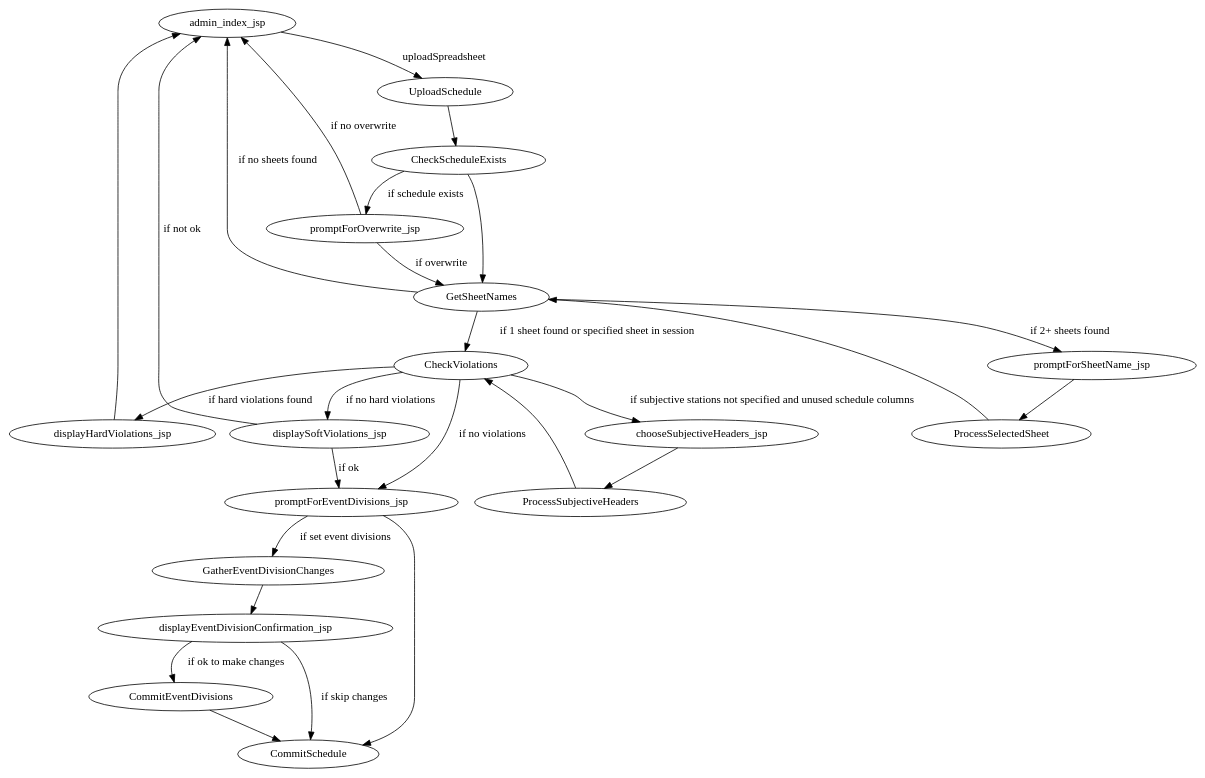
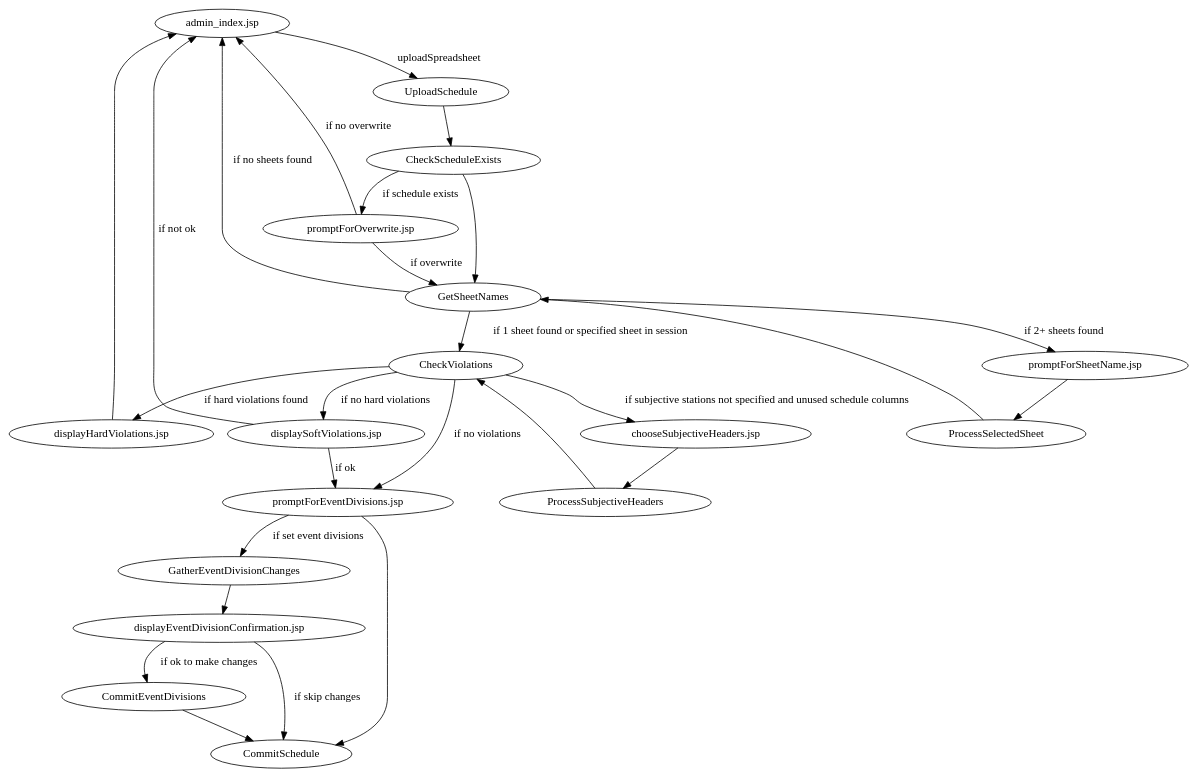
Before and after one commit to jpschewe/fll-sw: the diagram in scoring/docs/workflows/upload-schedule.dot, drawn with Graphviz. The commit also changed 8 other files, not shown here.

First line of the commit message:
Use quotes around jsp page names in workflows

```diff
--- a/scoring/docs/workflows/upload-schedule.dot
+++ b/scoring/docs/workflows/upload-schedule.dot
@@ -1,43 +1,43 @@
 digraph UploadSchedule {
 
-admin_index_jsp -> UploadSchedule [label="uploadSpreadsheet"];
+"admin_index.jsp" -> UploadSchedule [label="uploadSpreadsheet"];
 
 UploadSchedule -> CheckScheduleExists;
 
-CheckScheduleExists -> promptForOverwrite_jsp [label="if schedule exists"];
+CheckScheduleExists -> "promptForOverwrite.jsp" [label="if schedule exists"];
 
-promptForOverwrite_jsp -> GetSheetNames [label="if overwrite"];
-promptForOverwrite_jsp -> admin_index_jsp [label="if no overwrite"];
+"promptForOverwrite.jsp" -> GetSheetNames [label="if overwrite"];
+"promptForOverwrite.jsp" -> "admin_index.jsp" [label="if no overwrite"];
 
 CheckScheduleExists -> GetSheetNames;
 
-GetSheetNames -> admin_index_jsp [label="if no sheets found"];
+GetSheetNames -> "admin_index.jsp" [label="if no sheets found"];
 GetSheetNames -> CheckViolations [label="if 1 sheet found or specified sheet in session"];
-GetSheetNames -> promptForSheetName_jsp [label="if 2+ sheets found"];
+GetSheetNames -> "promptForSheetName.jsp" [label="if 2+ sheets found"];
 
-promptForSheetName_jsp -> ProcessSelectedSheet;
+"promptForSheetName.jsp" -> ProcessSelectedSheet;
 ProcessSelectedSheet -> GetSheetNames;
 
-CheckViolations -> promptForEventDivisions_jsp [label="if no violations"];
-CheckViolations -> displayHardViolations_jsp [label="if hard violations found"];
-CheckViolations -> displaySoftViolations_jsp [label="if no hard violations"];
+CheckViolations -> "promptForEventDivisions.jsp" [label="if no violations"];
+CheckViolations -> "displayHardViolations.jsp" [label="if hard violations found"];
+CheckViolations -> "displaySoftViolations.jsp" [label="if no hard violations"];
 
-CheckViolations -> chooseSubjectiveHeaders_jsp [label="if subjective stations not specified and unused schedule columns"];
-chooseSubjectiveHeaders_jsp -> ProcessSubjectiveHeaders;
+CheckViolations -> "chooseSubjectiveHeaders.jsp" [label="if subjective stations not specified and unused schedule columns"];
+"chooseSubjectiveHeaders.jsp" -> ProcessSubjectiveHeaders;
 ProcessSubjectiveHeaders -> CheckViolations;
 
-displayHardViolations_jsp -> admin_index_jsp;
+"displayHardViolations.jsp" -> "admin_index.jsp";
 
-displaySoftViolations_jsp -> promptForEventDivisions_jsp [label="if ok"];
-displaySoftViolations_jsp -> admin_index_jsp [label="if not ok"];
+"displaySoftViolations.jsp" -> "promptForEventDivisions.jsp" [label="if ok"];
+"displaySoftViolations.jsp" -> "admin_index.jsp" [label="if not ok"];
 
-promptForEventDivisions_jsp -> GatherEventDivisionChanges [label="if set event divisions"];
-promptForEventDivisions_jsp -> CommitSchedule;
+"promptForEventDivisions.jsp" -> GatherEventDivisionChanges [label="if set event divisions"];
+"promptForEventDivisions.jsp" -> CommitSchedule;
 
-GatherEventDivisionChanges -> displayEventDivisionConfirmation_jsp;
+GatherEventDivisionChanges -> "displayEventDivisionConfirmation.jsp";
 
-displayEventDivisionConfirmation_jsp -> CommitEventDivisions [label="if ok to make changes"];
-displayEventDivisionConfirmation_jsp -> CommitSchedule [label="if skip changes"];
+"displayEventDivisionConfirmation.jsp" -> CommitEventDivisions [label="if ok to make changes"];
+"displayEventDivisionConfirmation.jsp" -> CommitSchedule [label="if skip changes"];
 CommitEventDivisions -> CommitSchedule
 
 }
```
